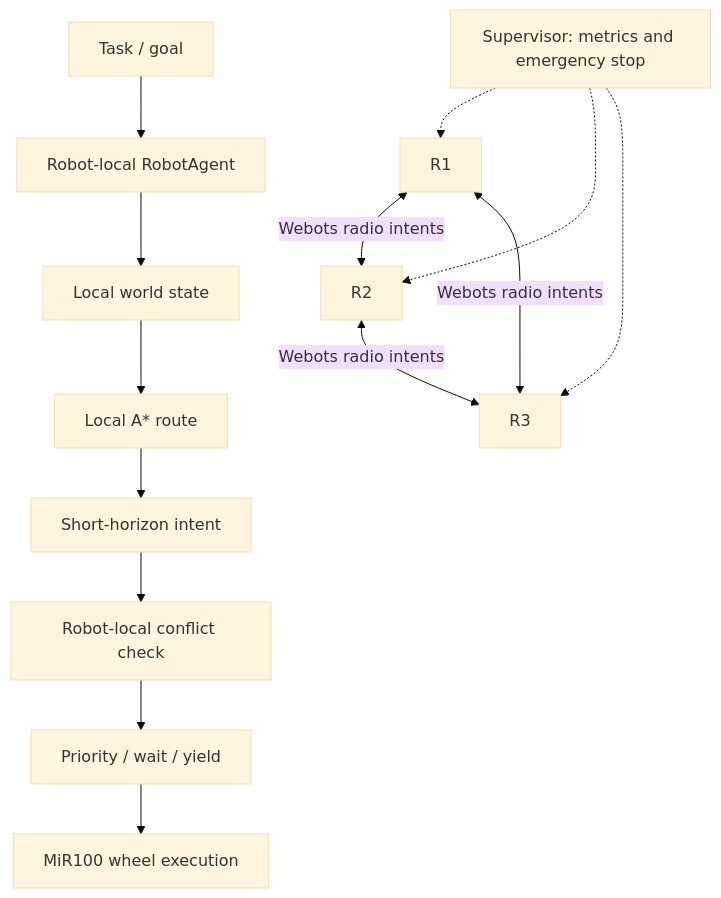
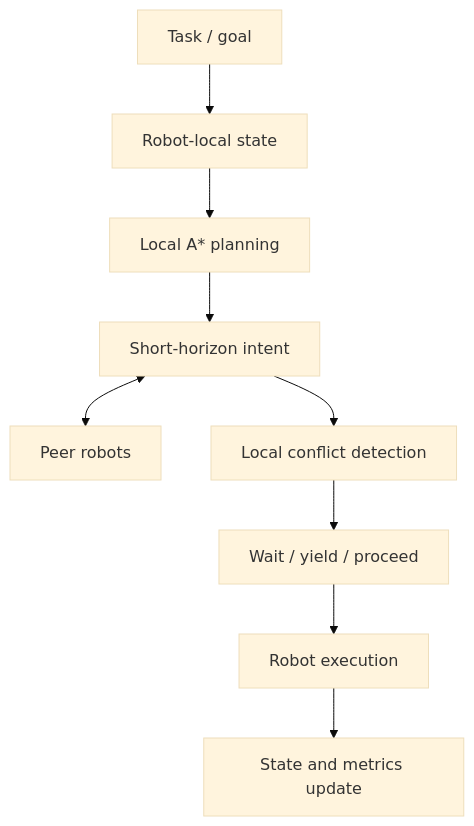
The diagram in README.md (PhantomCircuit-156/SYNQ-AMR-Fleet-Coordination), drawn with Mermaid (base theme) before and after one commit. The commit also changed other lines of this file and 2 other files, not shown here.

````diff
--- a/README.md
+++ b/README.md
@@ -23,16 +19,11 @@
-~~~mermaid
+```mermaid
 flowchart TD
-    T[Task / goal] --> A[Robot-local RobotAgent]
-    A --> W[Local world state]
-    W --> P[Local A* route]
-    P --> I[Short-horizon intent]
-    I --> C[Robot-local conflict check]
-    C --> Y[Priority / wait / yield]
-    Y --> M[MiR100 wheel execution]
-    R1[R1] <-->|Webots radio intents| R2[R2]
-    R2 <-->|Webots radio intents| R3[R3]
-    R3 <-->|Webots radio intents| R1
-    S[Supervisor: metrics and emergency stop] -.-> R1
-    S -.-> R2
-    S -.-> R3
-~~~
+    A[Task / goal] --> B[Robot-local state]
+    B --> C[Local A* planning]
+    C --> D[Short-horizon intent]
+    D <--> E[Peer robots]
+    D --> F[Local conflict detection]
+    F --> G[Wait / yield / proceed]
+    G --> H[Robot execution]
+    H --> I[State and metrics update]
+```
````
